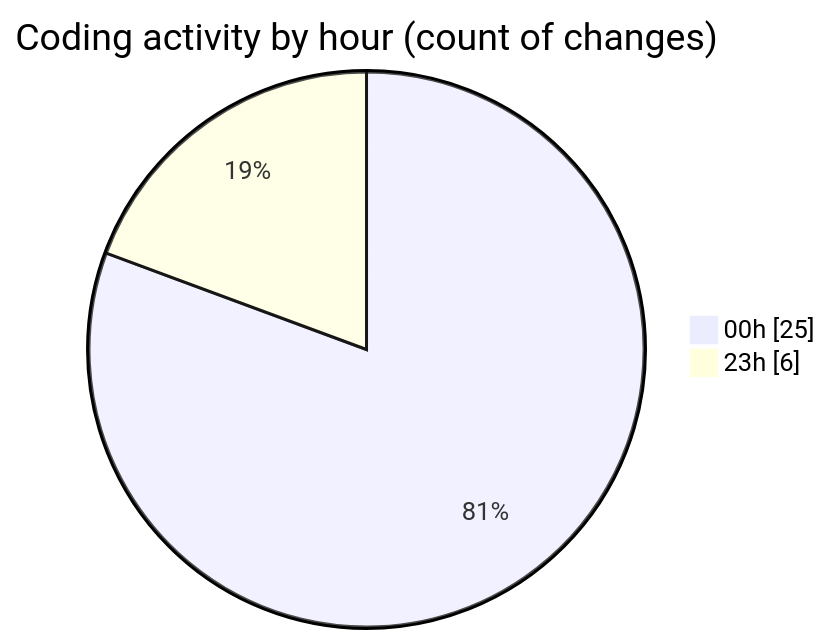
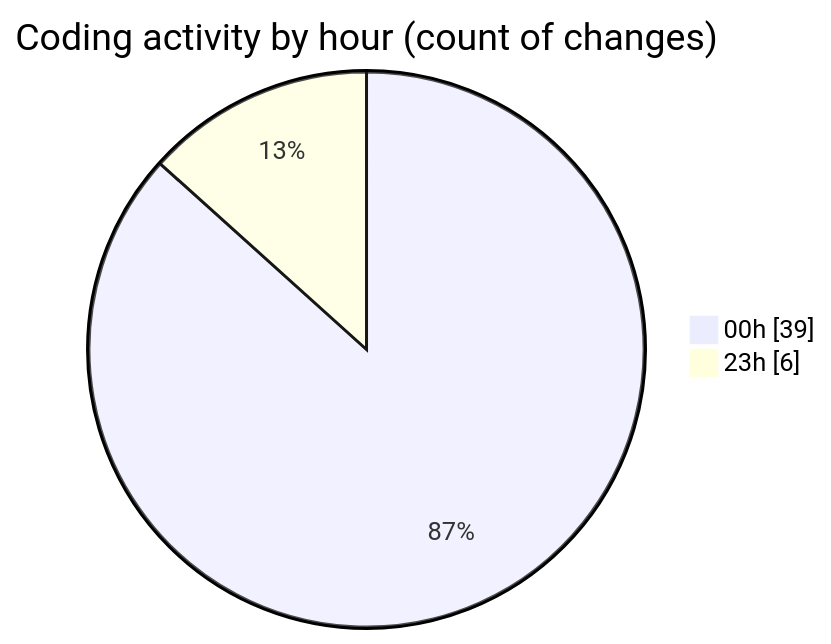
Before and after one commit to Netris89/code-tracking: the second of 2 diagrams in 2025-05-03/date/README.md, drawn with Mermaid. The commit also changed other lines of this file and 1 other file, not shown here.

````diff
--- a/2025-05-03/date/README.md
+++ b/2025-05-03/date/README.md
@@ -36,6 +37,6 @@
 ```mermaid
 pie showData
 title Coding activity by hour (count of changes)
-"00h" : 25
+"00h" : 39
 "23h" : 6
 ```
````
